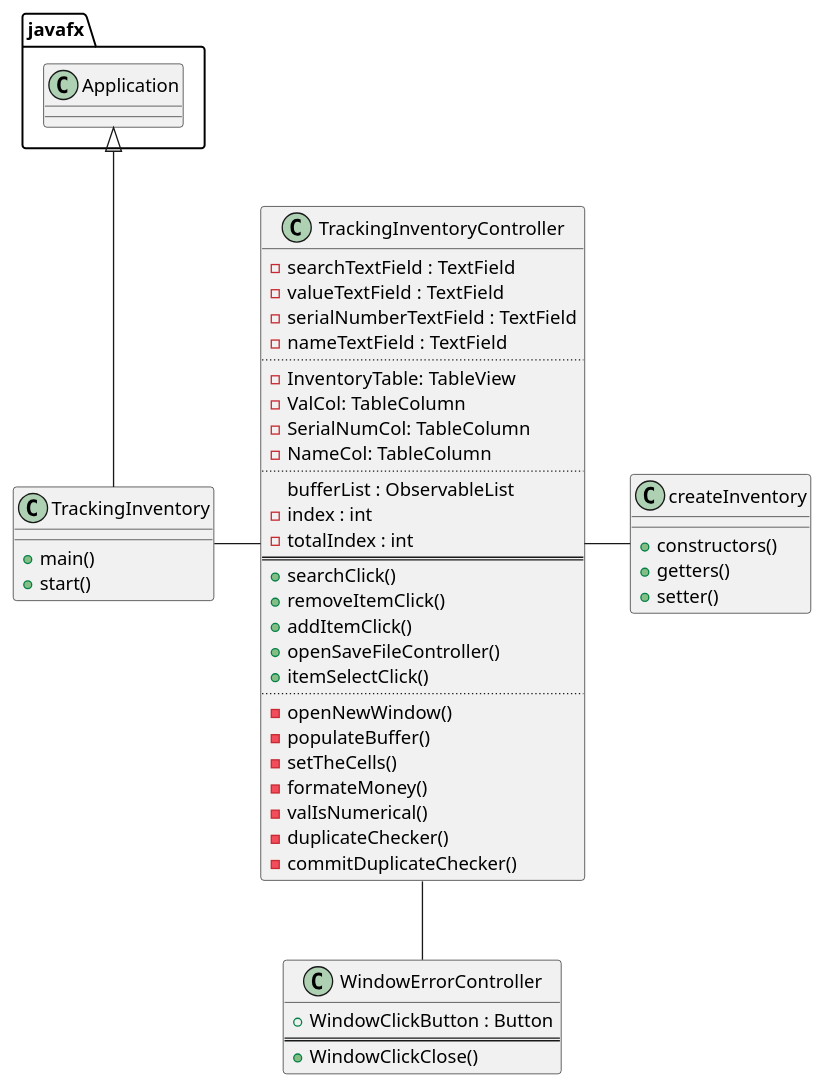
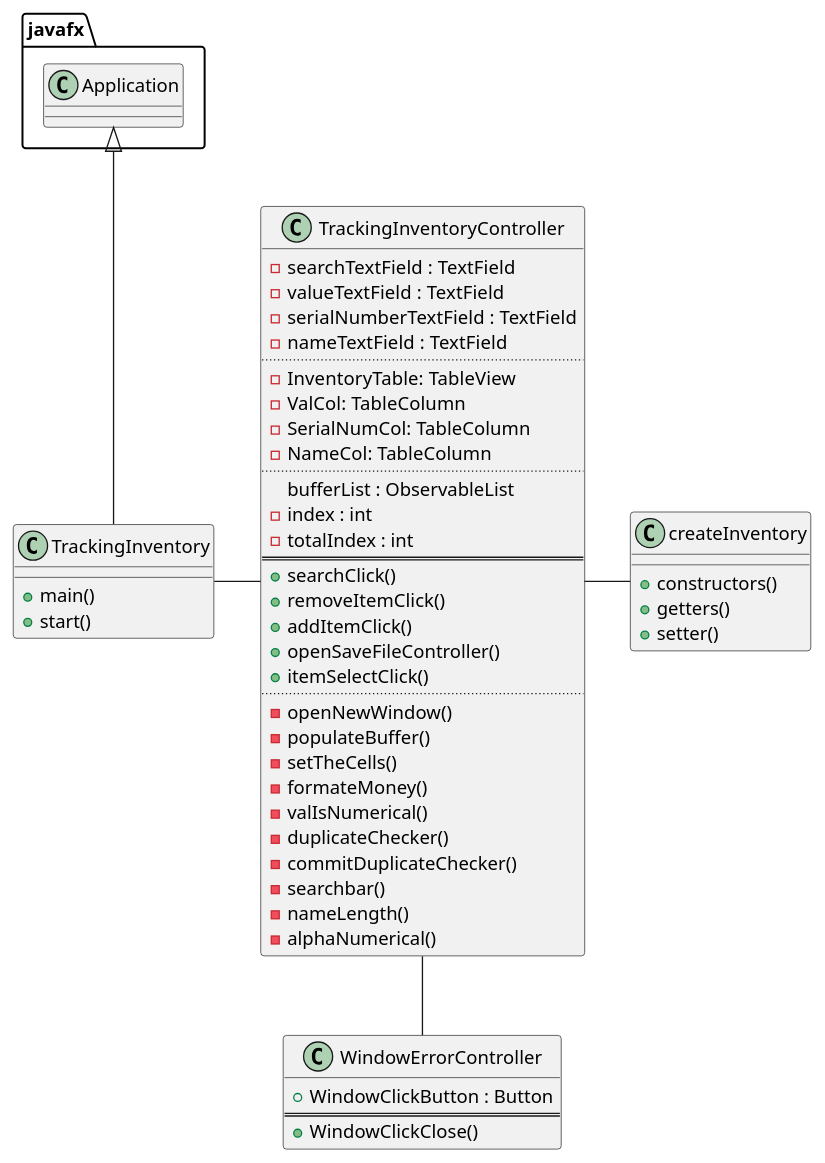
Before and after one commit to fshofiquel/Item-Inventory: the diagram in uml/TrackingInventory.puml, drawn with PlantUML. The commit also changed 2 other files, not shown here.

```diff
--- a/uml/TrackingInventory.puml
+++ b/uml/TrackingInventory.puml
@@ -1,61 +1,64 @@
 @startuml
 'https://plantuml.com/class-diagram
 
 class TrackingInventory
 {
     + main()
     + start()
 }
 
 class TrackingInventoryController
 {
     - searchTextField : TextField
     - valueTextField : TextField
     - serialNumberTextField : TextField
     - nameTextField : TextField
     ..
     - InventoryTable: TableView
     - ValCol: TableColumn
     - SerialNumCol: TableColumn
     - NameCol: TableColumn
     ..
     bufferList : ObservableList
     - index : int
     - totalIndex : int
     ==
     + searchClick()
     + removeItemClick()
     + addItemClick()
     + openSaveFileController()
     + itemSelectClick()
     ..
     - openNewWindow()
     - populateBuffer()
     - setTheCells()
     - formateMoney()
     - valIsNumerical()
     - duplicateChecker()
     - commitDuplicateChecker()
+    - searchbar()
+    - nameLength()
+    - alphaNumerical()
 }
 
 class WindowErrorController
 {
     + WindowClickButton : Button
     ==
     + WindowClickClose()
 }
 
 class createInventory
 {
     + constructors()
     + getters()
     + setter()
 }
 
 javafx.Application <|-- TrackingInventory
 
 TrackingInventory - TrackingInventoryController
 TrackingInventoryController - createInventory
 TrackingInventoryController -- WindowErrorController
 
 @enduml
```
